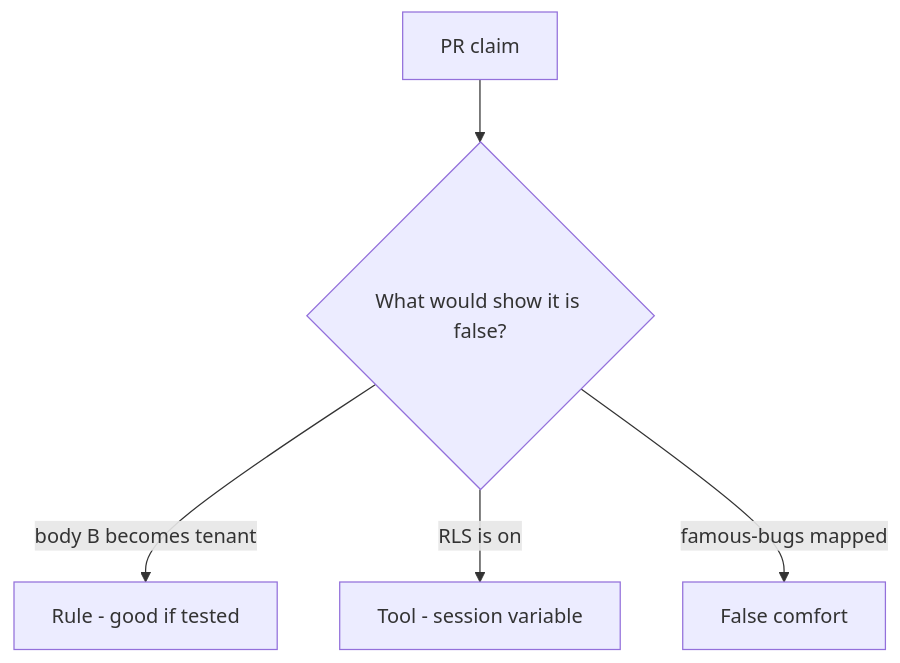
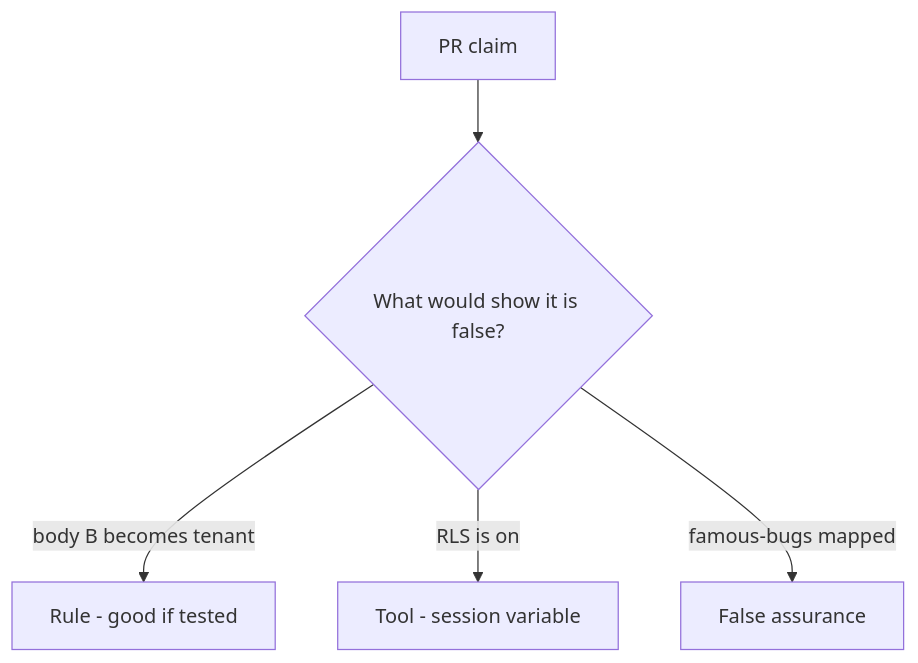
Before and after one commit to ishitvagoel/LearnSecurity: the diagram in content/modules/e/E5/lessons/08-review.md, drawn with Mermaid. The commit also changed other lines of this file and 240 other files, not shown here.

````diff
--- a/content/modules/e/E5/lessons/08-review.md
+++ b/content/modules/e/E5/lessons/08-review.md
@@ -18,7 +18,7 @@
 ```mermaid
 flowchart TD
   Claim[PR claim] --> Q{"What would show it is false?"}
   Q -->|body B becomes tenant| Property["Rule - good if tested"]
   Q -->|RLS is on| Mechanism[Tool - session variable]
-  Q -->|famous-bugs mapped| False[False comfort]
+  Q -->|famous-bugs mapped| False[False assurance]
 ```
````
